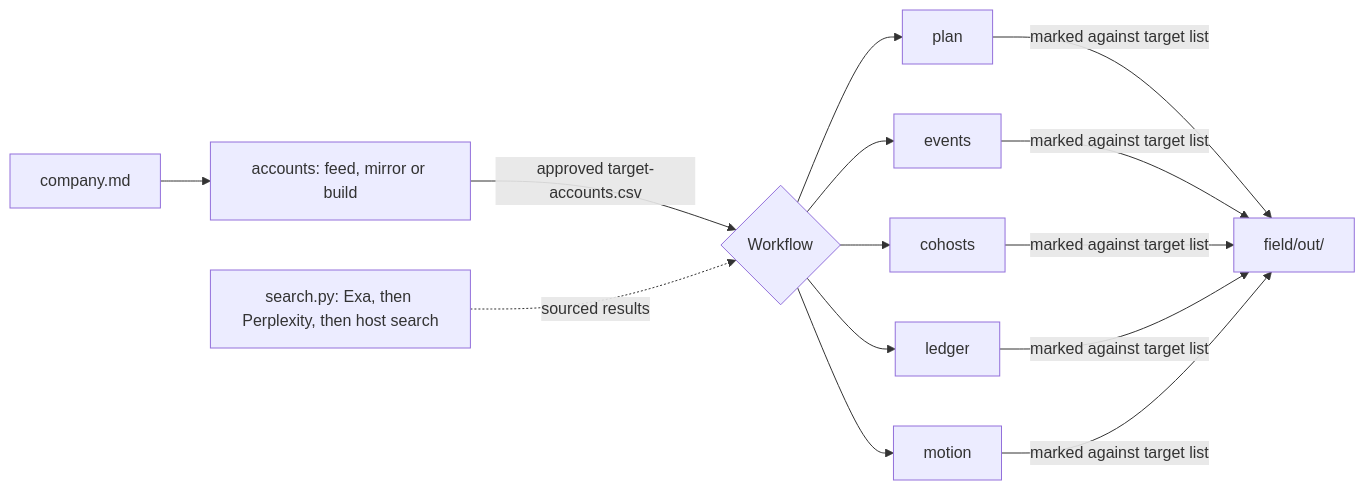
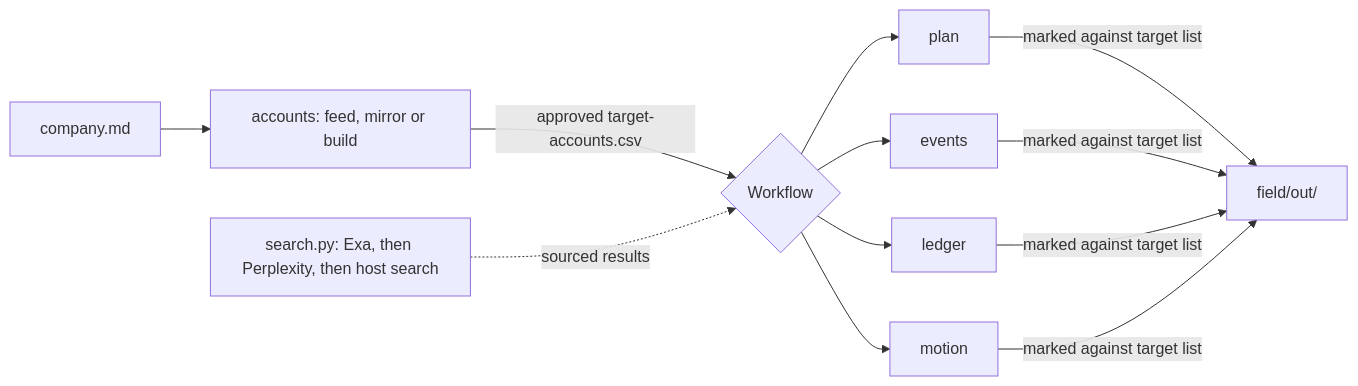
One commit to b1rdmania/field-kit changed the diagram in README.md. Above: the diagram before and after it, drawn with Mermaid. The commit also changed other lines of this file and 10 other files, not shown here.

````diff
--- a/README.md
+++ b/README.md
@@ -7,12 +7,11 @@
 ```mermaid
 flowchart LR
     I[company.md] --> A[accounts: feed, mirror or build]
     A -- approved target-accounts.csv --> B{Workflow}
     B --> C[plan]
     B --> E[events]
-    B --> F[cohosts]
     B --> G[ledger]
     B --> H[motion]
     S[search.py: Exa, then Perplexity, then host search] -. sourced results .-> B
-    C & E & F & G & H -- marked against target list --> O[field/out/]
+    C & E & G & H -- marked against target list --> O[field/out/]
 ```
````
